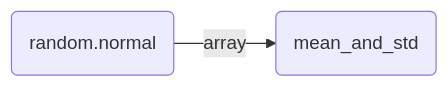
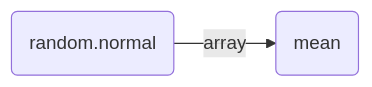
The first of 2 diagrams in book/notebooks/hackweek/dask_gridding.md (nasa/oceandata-notebooks), drawn with Mermaid before and after one commit. The commit also changed other lines of this file, not shown here.

````diff
--- a/book/notebooks/hackweek/dask_gridding.md
+++ b/book/notebooks/hackweek/dask_gridding.md
@@ -315,5 +203,5 @@
 ```mermaid
 flowchart LR
 
-A(random.normal) -->|array| B(mean_and_std)
+A(random.normal) -->|array| B(mean)
 ```
````
